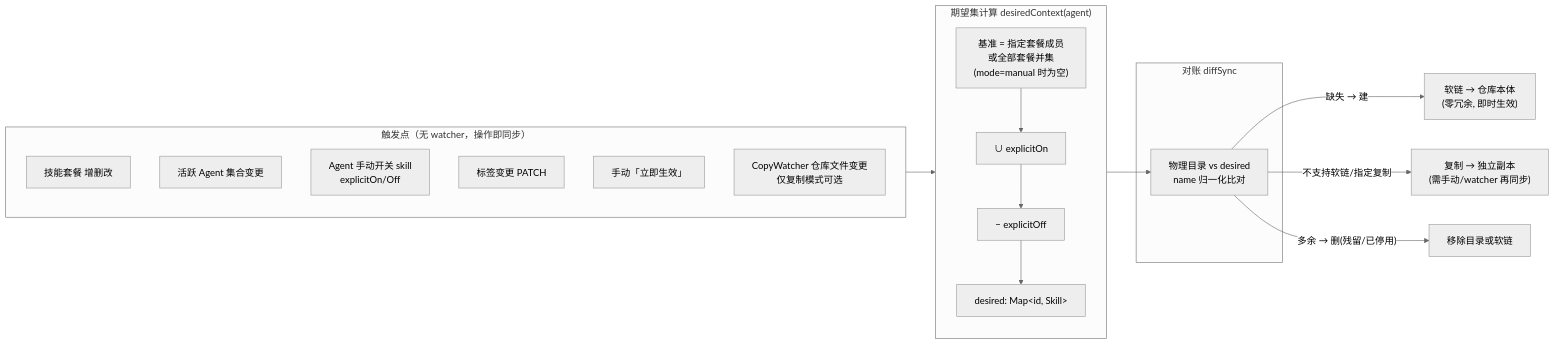
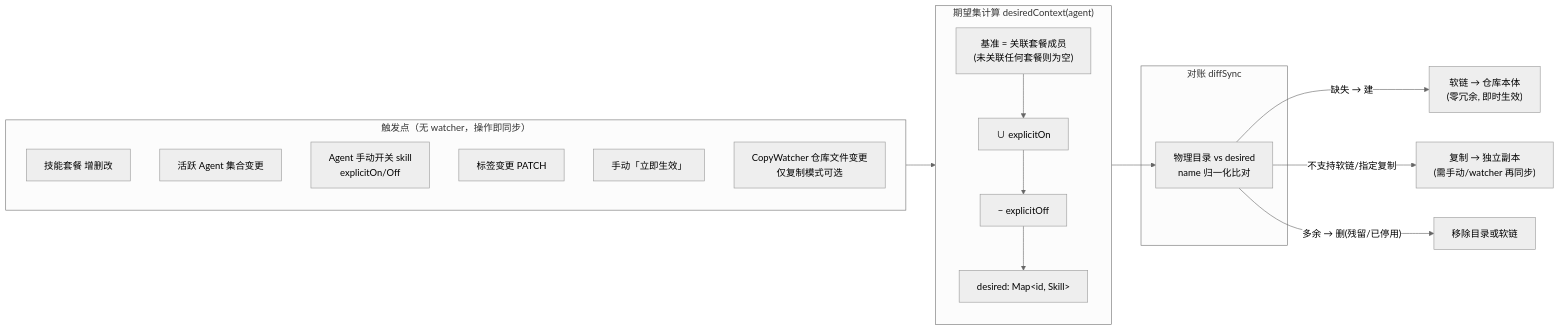
One commit to lcy362/flint changed the fourth of 6 diagrams in docs/data-flow.md. Above: the diagram before and after it, drawn with Mermaid (neutral theme). The commit also changed other lines of this file and 15 other files, not shown here.

First line of the commit message:
refactor(agent): preset binding is the only baseline; drop preset/manual mode

````diff
--- a/docs/data-flow.md
+++ b/docs/data-flow.md
@@ -158,31 +158,31 @@
 ```mermaid
 flowchart LR
     subgraph Trigger["触发点（无 watcher，操作即同步）"]
         direction TB
         T1[技能套餐 增删改]
         T2[活跃 Agent 集合变更]
         T3[Agent 手动开关 skill<br/>explicitOn/Off]
         T4[标签变更 PATCH]
         T5[手动「立即生效」]
         T6[CopyWatcher 仓库文件变更<br/>仅复制模式可选]
     end
 
     subgraph Calc["期望集计算 desiredContext(agent)"]
         direction TB
-        BASE["基准 = 指定套餐成员<br/>或全部套餐并集<br/>(mode=manual 时为空)"]
+        BASE["基准 = 关联套餐成员<br/>(未关联任何套餐则为空)"]
         ON["∪ explicitOn"]
         OFF["− explicitOff"]
         D["desired: Map&lt;id, Skill&gt;"]
         BASE --> ON --> OFF --> D
     end
 
     subgraph Diff["对账 diffSync"]
         CMP["物理目录 vs desired<br/>name 归一化比对"]
     end
 
     D --> CMP
     Trigger --> Calc
     CMP -- "缺失 → 建" --> L1["软链 → 仓库本体<br/>(零冗余, 即时生效)"]
     CMP -- "不支持软链/指定复制" --> L2["复制 → 独立副本<br/>(需手动/watcher 再同步)"]
     CMP -- "多余 → 删(残留/已停用)" --> L3[移除目录或软链]
 ```
````
